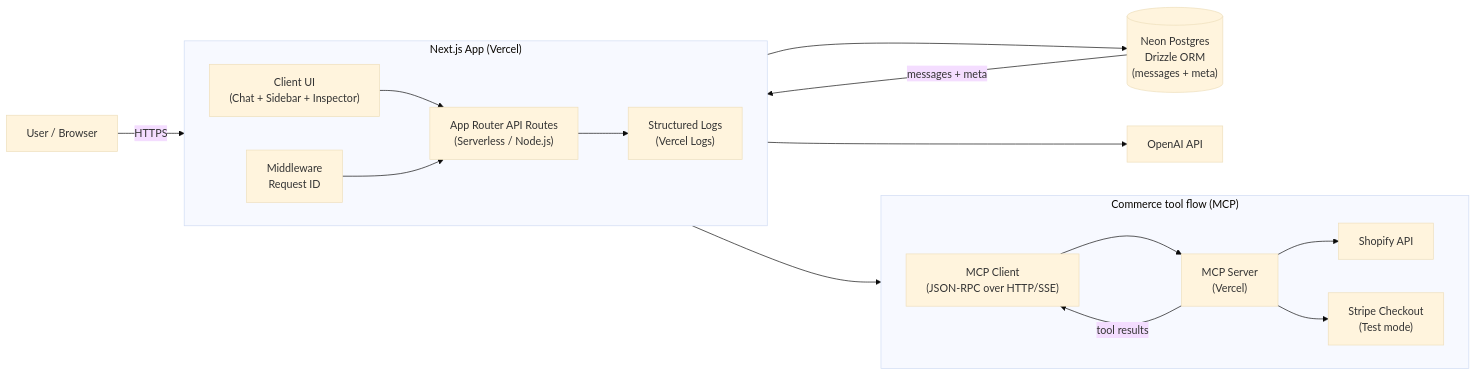
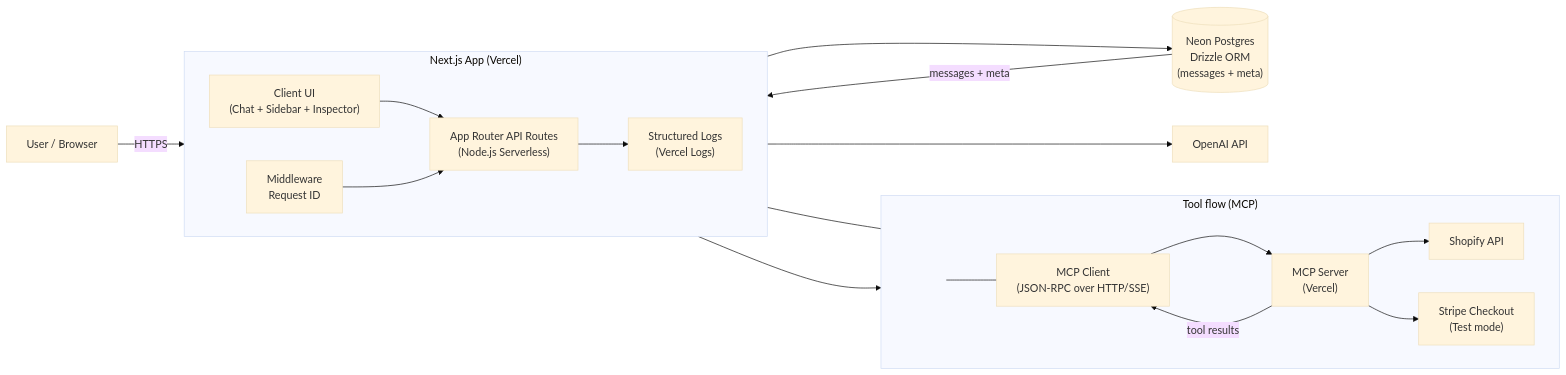
Before and after one commit to nickcarndt/chatbot-with-memory: the diagram in README.md, drawn with Mermaid (base theme). The commit also changed other lines of this file, not shown here.

Commit message:
docs: mermaid layout polish

````diff
--- a/README.md
+++ b/README.md
@@ -68,25 +68,28 @@
 ```mermaid
 flowchart LR
   U[User / Browser] -->|HTTPS| UI
 
   subgraph UI["Next.js App (Vercel)"]
     direction LR
-    C["Client UI<br/>(Chat + Sidebar + Inspector)"] --> API["App Router API Routes<br/>(Serverless / Node.js)"]
+    C["Client UI<br/>(Chat + Sidebar + Inspector)"] --> API["App Router API Routes<br/>(Node.js Serverless)"]
     MW["Middleware<br/>Request ID"] --> API
     API --> LOGS["Structured Logs<br/>(Vercel Logs)"]
   end
 
-  API --> DB[("Neon Postgres<br/>Drizzle ORM<br/>(messages + meta)")]
-  API --> LLM["OpenAI API"]
-
-  subgraph MCPFLOW["Commerce tool flow (MCP)"]
+  subgraph MCPFLOW["Tool flow (MCP)"]
     direction LR
-    API --> MCPCLIENT["MCP Client<br/>(JSON-RPC over HTTP/SSE)"]
+    API --- SPACER[" "]:::spacer --- MCPCLIENT["MCP Client<br/>(JSON-RPC over HTTP/SSE)"]
+    API --> MCPCLIENT
     MCPCLIENT --> MCPSERVER["MCP Server<br/>(Vercel)"]
     MCPSERVER --> SHOPIFY["Shopify API"]
     MCPSERVER --> STRIPE["Stripe Checkout<br/>(Test mode)"]
     MCPSERVER -->|tool results| MCPCLIENT
   end
 
+  API --> DB[("Neon Postgres<br/>Drizzle ORM<br/>(messages + meta)")]
+  API --> LLM["OpenAI API"]
+
   DB -->|messages + meta| C
+
+  classDef spacer fill:transparent,stroke:transparent,color:transparent
 ```
````
